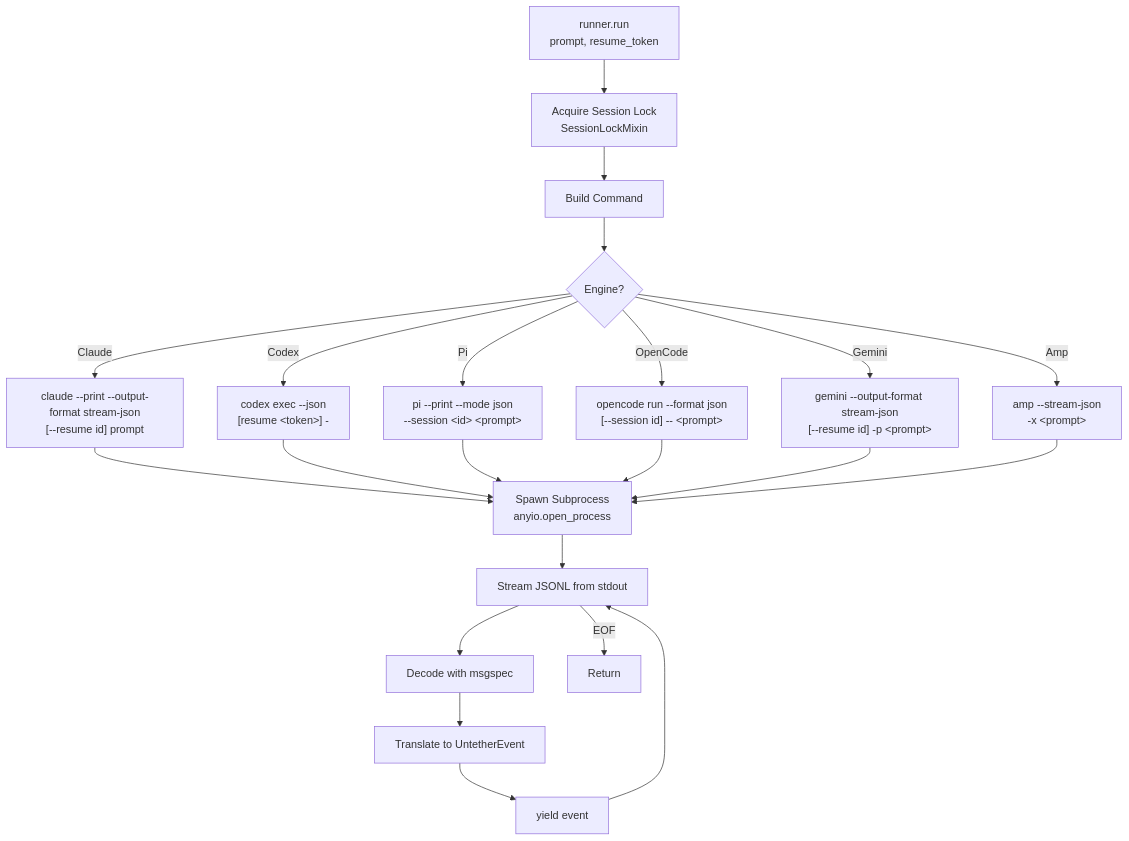
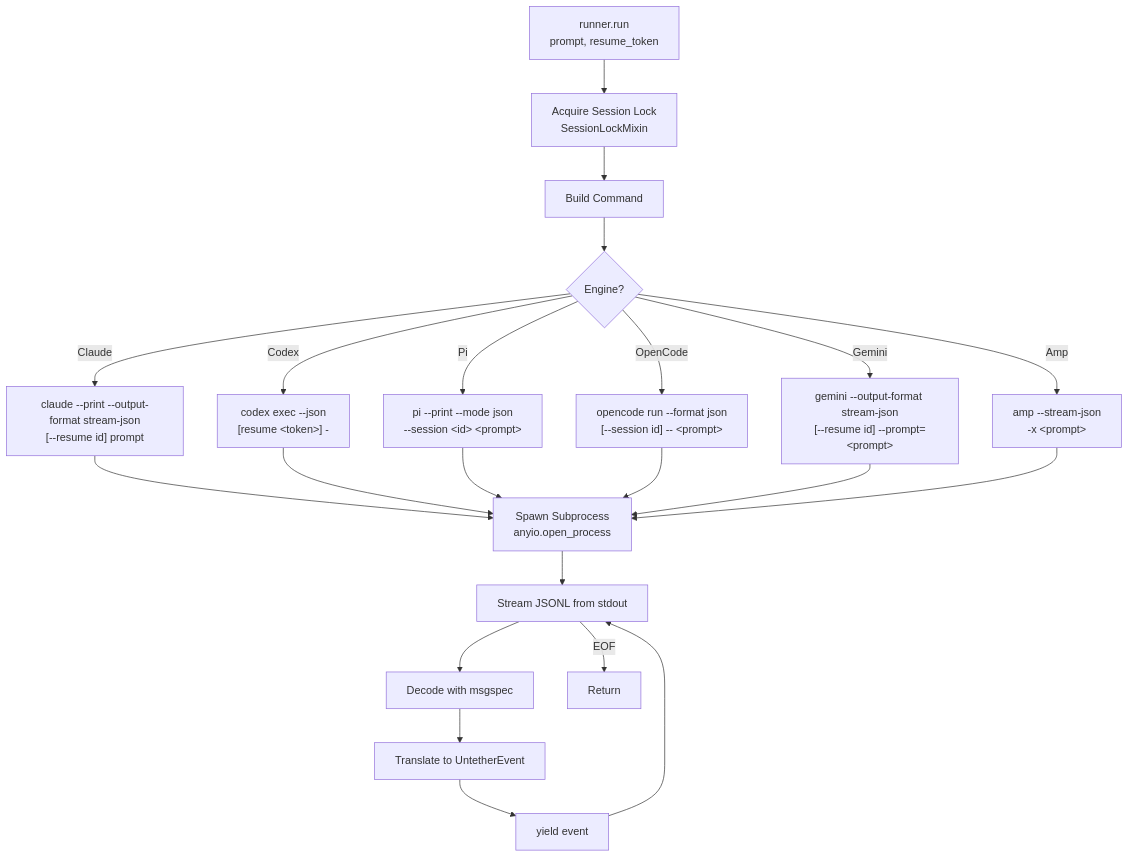
The fourth of 8 diagrams in docs/explanation/architecture.md (littlebearapps/untether), drawn with Mermaid before and after one commit. The commit also changed other lines of this file and 110 other files, not shown here.

````diff
--- a/docs/explanation/architecture.md
+++ b/docs/explanation/architecture.md
@@ -208,30 +214,30 @@
 ```mermaid
 flowchart TD
     A[runner.run\nprompt, resume_token] --> B[Acquire Session Lock<br/>SessionLockMixin]
 
     B --> C[Build Command]
 
     C --> D{Engine?}
     D -->|Claude| D1["claude --print --output-format stream-json<br/>[--resume id] prompt"]
     D -->|Codex| D2["codex exec --json<br/>[resume &lt;token&gt;] -"]
     D -->|Pi| D3["pi --print --mode json<br/>--session &lt;id&gt; &lt;prompt&gt;"]
     D -->|OpenCode| D4["opencode run --format json<br/>[--session id] -- &lt;prompt&gt;"]
-    D -->|Gemini| D5["gemini --output-format stream-json<br/>[--resume id] -p &lt;prompt&gt;"]
+    D -->|Gemini| D5["gemini --output-format stream-json<br/>[--resume id] --prompt=&lt;prompt&gt;"]
     D -->|Amp| D6["amp --stream-json<br/>-x &lt;prompt&gt;"]
 
     D1 --> E[Spawn Subprocess<br/>anyio.open_process]
     D2 --> E
     D3 --> E
     D4 --> E
     D5 --> E
     D6 --> E
 
     E --> F[Stream JSONL from stdout]
 
     F --> G[Decode with msgspec]
     G --> H[Translate to UntetherEvent]
     H --> I[yield event]
     I --> F
 
     F -->|EOF| J[Return]
 ```
````
